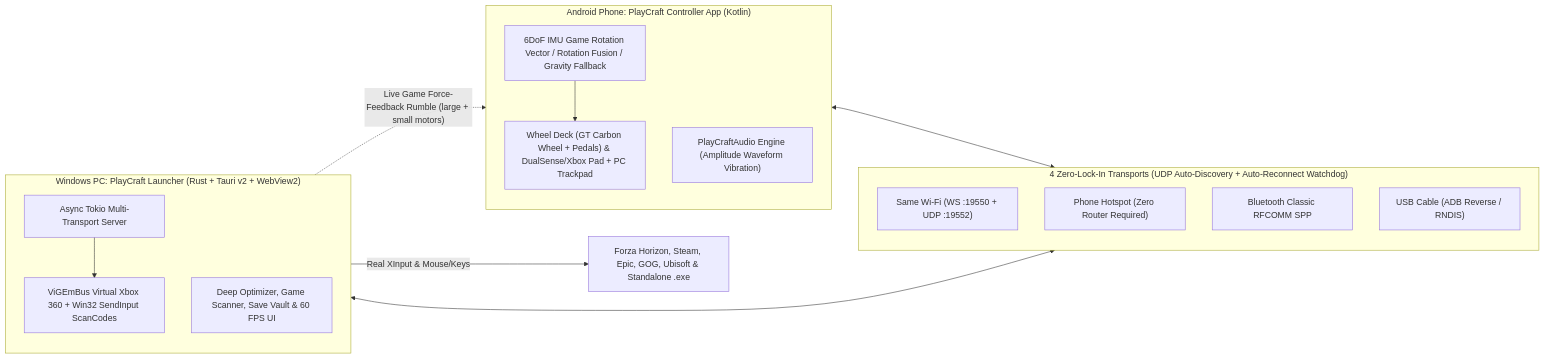
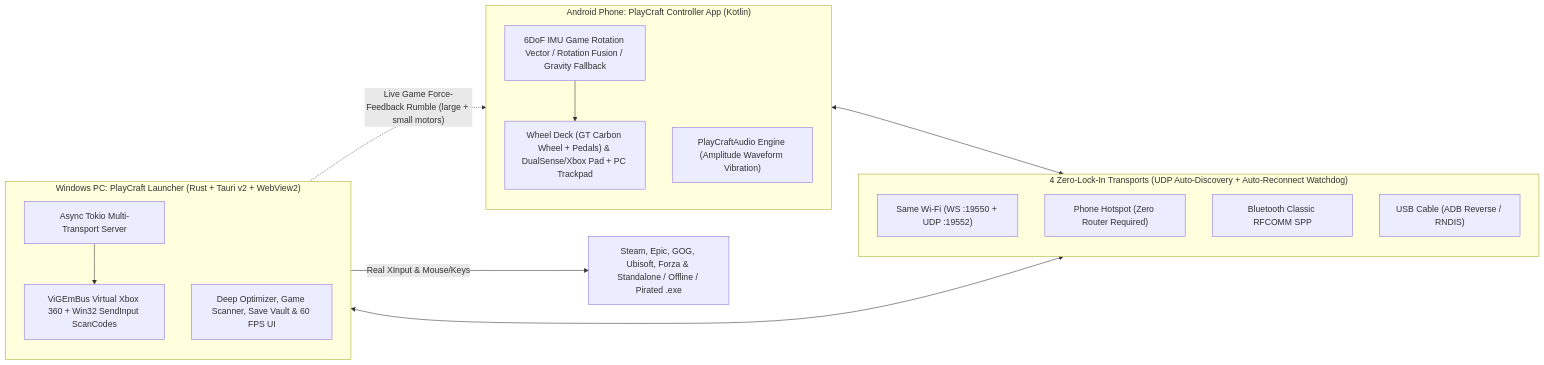
Before and after one commit to RashminaFdo/playcraft: the diagram in README.md, drawn with Mermaid. The commit also changed other lines of this file and 20 other files, not shown here.

````diff
--- a/README.md
+++ b/README.md
@@ -62,29 +127,29 @@
 ```mermaid
 flowchart LR
     subgraph Phone["Android Phone: PlayCraft Controller App (Kotlin)"]
         direction TB
         Sensors["6DoF IMU Game Rotation Vector / Rotation Fusion / Gravity Fallback"]
         Decks["Wheel Deck (GT Carbon Wheel + Pedals) & DualSense/Xbox Pad + PC Trackpad"]
         Haptics["PlayCraftAudio Engine (Amplitude Waveform Vibration)"]
         Sensors --> Decks
     end
 
     subgraph Link["4 Zero-Lock-In Transports (UDP Auto-Discovery + Auto-Reconnect Watchdog)"]
         T1["Same Wi-Fi (WS :19550 + UDP :19552)"]
         T2["Phone Hotspot (Zero Router Required)"]
         T3["Bluetooth Classic RFCOMM SPP"]
         T4["USB Cable (ADB Reverse / RNDIS)"]
     end
 
     subgraph PC["Windows PC: PlayCraft Launcher (Rust + Tauri v2 + WebView2)"]
         direction TB
         Bridge["Async Tokio Multi-Transport Server"]
         ViGEm["ViGEmBus Virtual Xbox 360 + Win32 SendInput ScanCodes"]
         Opt["Deep Optimizer, Game Scanner, Save Vault & 60 FPS UI"]
         Bridge --> ViGEm
         Bridge -.->|"Live Game Force-Feedback Rumble (large + small motors)"| Haptics
     end
 
     Decks <--> Link <--> Bridge
-    ViGEm -->|"Real XInput & Mouse/Keys"| Game["Forza Horizon, Steam, Epic, GOG, Ubisoft & Standalone .exe"]
+    ViGEm -->|"Real XInput & Mouse/Keys"| Game["Steam, Epic, GOG, Ubisoft, Forza & Standalone / Offline / Pirated .exe"]
 ```
````
